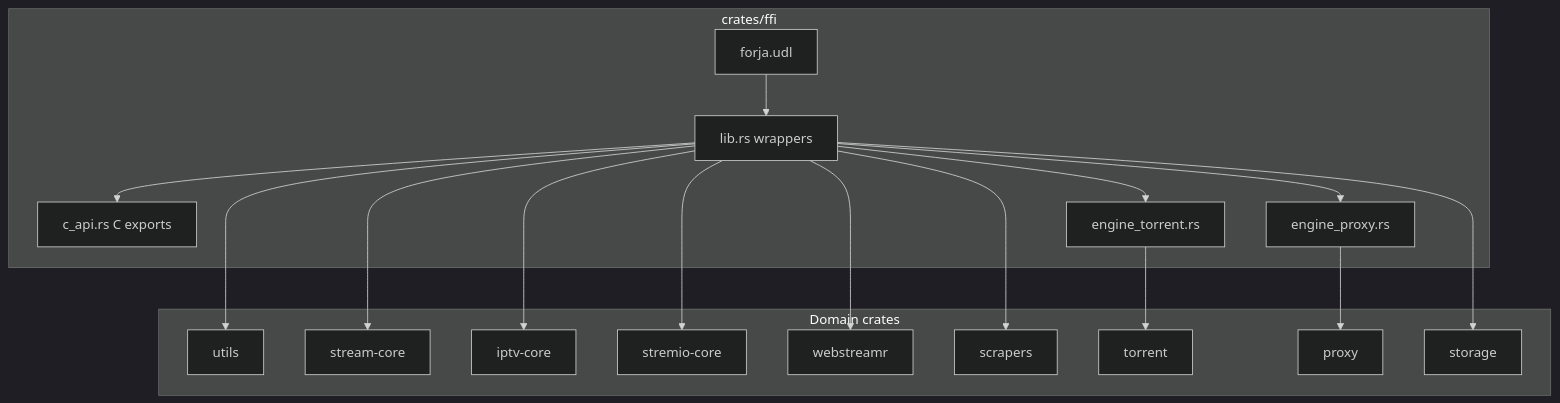
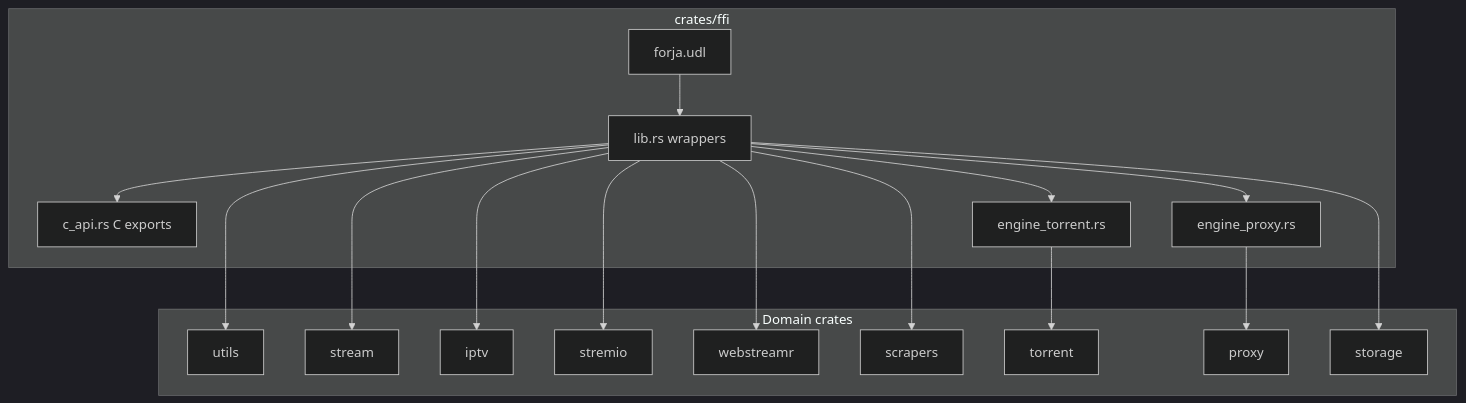
The second of 7 diagrams in docs/ARCHITECTURE.md (mGhassen/Forja), drawn with Mermaid (dark theme) before and after one commit. The commit also changed other lines of this file and 97 other files, not shown here.

````diff
--- a/docs/ARCHITECTURE.md
+++ b/docs/ARCHITECTURE.md
@@ -125,30 +125,30 @@
 ```mermaid
 flowchart TB
   subgraph ffi_crate [crates/ffi]
     UDL[forja.udl]
   LIB[lib.rs wrappers]
     CAPI[c_api.rs C exports]
     EP[engine_proxy.rs]
     ET[engine_torrent.rs]
     UDL --> LIB
     LIB --> CAPI
     LIB --> EP
     LIB --> ET
   end
 
   subgraph domain [Domain crates]
     U[utils]
-    SC[stream-core]
-    IPTV[iptv-core]
-    STR[stremio-core]
+    SC[stream]
+    IPTV[iptv]
+    STR[stremio]
     WS[webstreamr]
     SCR[scrapers]
     TOR[torrent]
     PRX[proxy]
     STO[storage]
   end
 
   LIB --> U & SC & IPTV & STR & WS & SCR & STO
   ET --> TOR
   EP --> PRX
 ```
````
